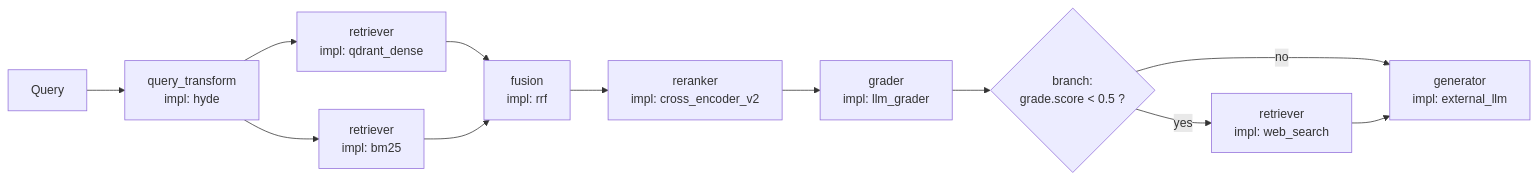
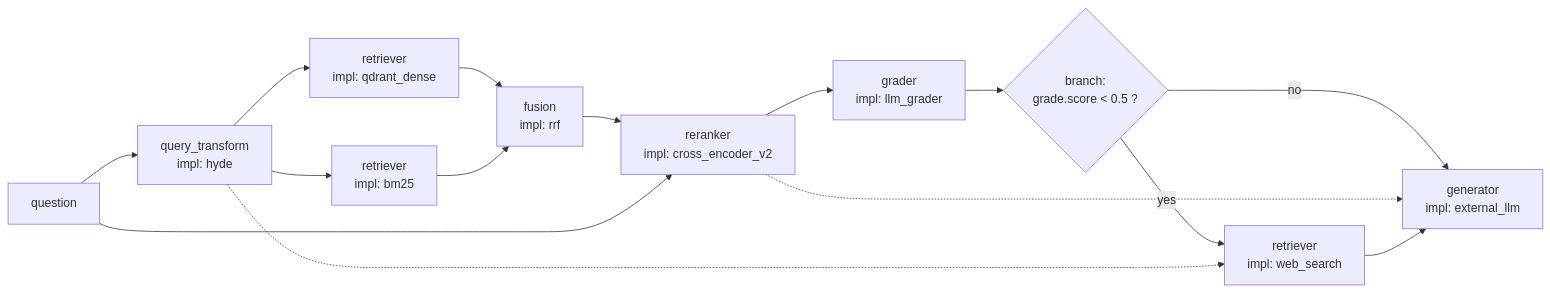
One commit to genesary/Ragondin changed the first of 5 diagrams in docs/system-architecture.md. Above: the diagram before and after it, drawn with Mermaid. The commit also changed other lines of this file and 11 other files, not shown here.

````diff
--- a/docs/system-architecture.md
+++ b/docs/system-architecture.md
@@ -202,14 +212,17 @@
 ```mermaid
 flowchart LR
-  Q[Query] --> T["query_transform<br/>impl: hyde"]
+  Q[question] --> T["query_transform<br/>impl: hyde"]
   T --> D["retriever<br/>impl: qdrant_dense"]
   T --> S["retriever<br/>impl: bm25"]
   D --> F["fusion<br/>impl: rrf"]
   S --> F
   F --> R["reranker<br/>impl: cross_encoder_v2"]
+  Q --> R
   R --> GR["grader<br/>impl: llm_grader"]
   GR --> GATE{"branch:<br/>grade.score &lt; 0.5 ?"}
   GATE -->|yes| W["retriever<br/>impl: web_search"]
   GATE -->|no| GEN["generator<br/>impl: external_llm"]
+  T -.-> W
+  R -.-> GEN
   W --> GEN
 ```
````
